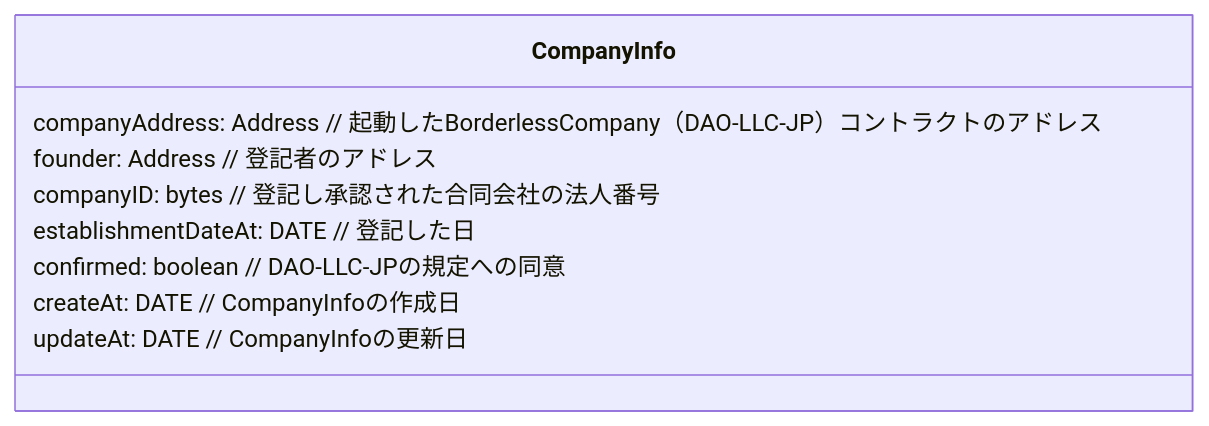
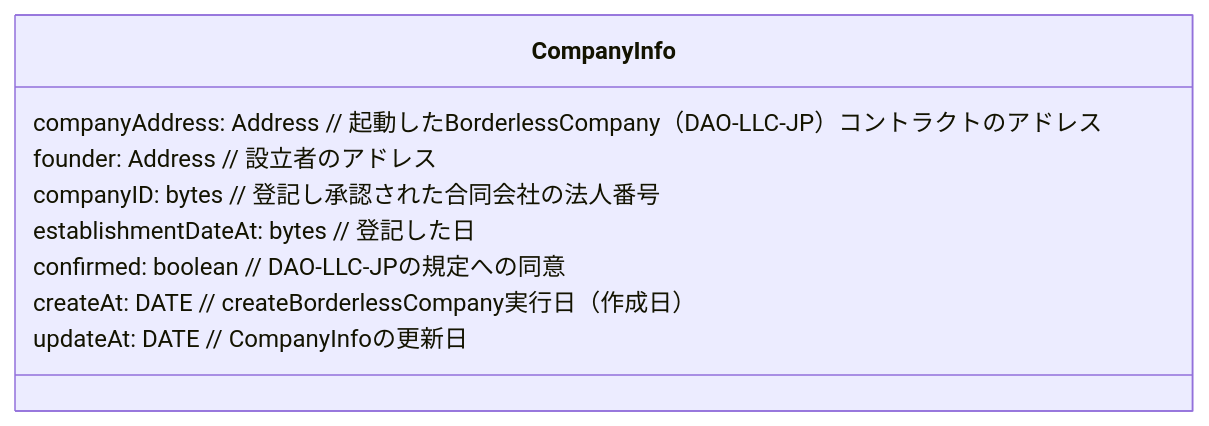
The first of 3 diagrams in docs/contracts/1.RegisterBorderlessCompany/1.RegisterBorderlessCompany.index.md (Borderless-company/Borderless-Contract), drawn with Mermaid before and after one commit. The commit also changed other lines of this file, not shown here.

Commit message:
Initial document RegisterBorderlessCompany.sol

````diff
--- a/docs/contracts/1.RegisterBorderlessCompany/1.RegisterBorderlessCompany.index.md
+++ b/docs/contracts/1.RegisterBorderlessCompany/1.RegisterBorderlessCompany.index.md
@@ -33,12 +61,12 @@
 ```mermaid
 classDiagram
     class CompanyInfo{
         companyAddress:      Address // 起動したBorderlessCompany（DAO-LLC-JP）コントラクトのアドレス
-        founder:             Address // 登記者のアドレス
+        founder:             Address // 設立者のアドレス
         companyID:           bytes   // 登記し承認された合同会社の法人番号
-        establishmentDateAt: DATE    // 登記した日
+        establishmentDateAt: bytes   // 登記した日
         confirmed:           boolean // DAO-LLC-JPの規定への同意
-        createAt:            DATE    // CompanyInfoの作成日
+        createAt:            DATE    // createBorderlessCompany実行日（作成日）
         updateAt:            DATE    // CompanyInfoの更新日
     }
 ```
````
